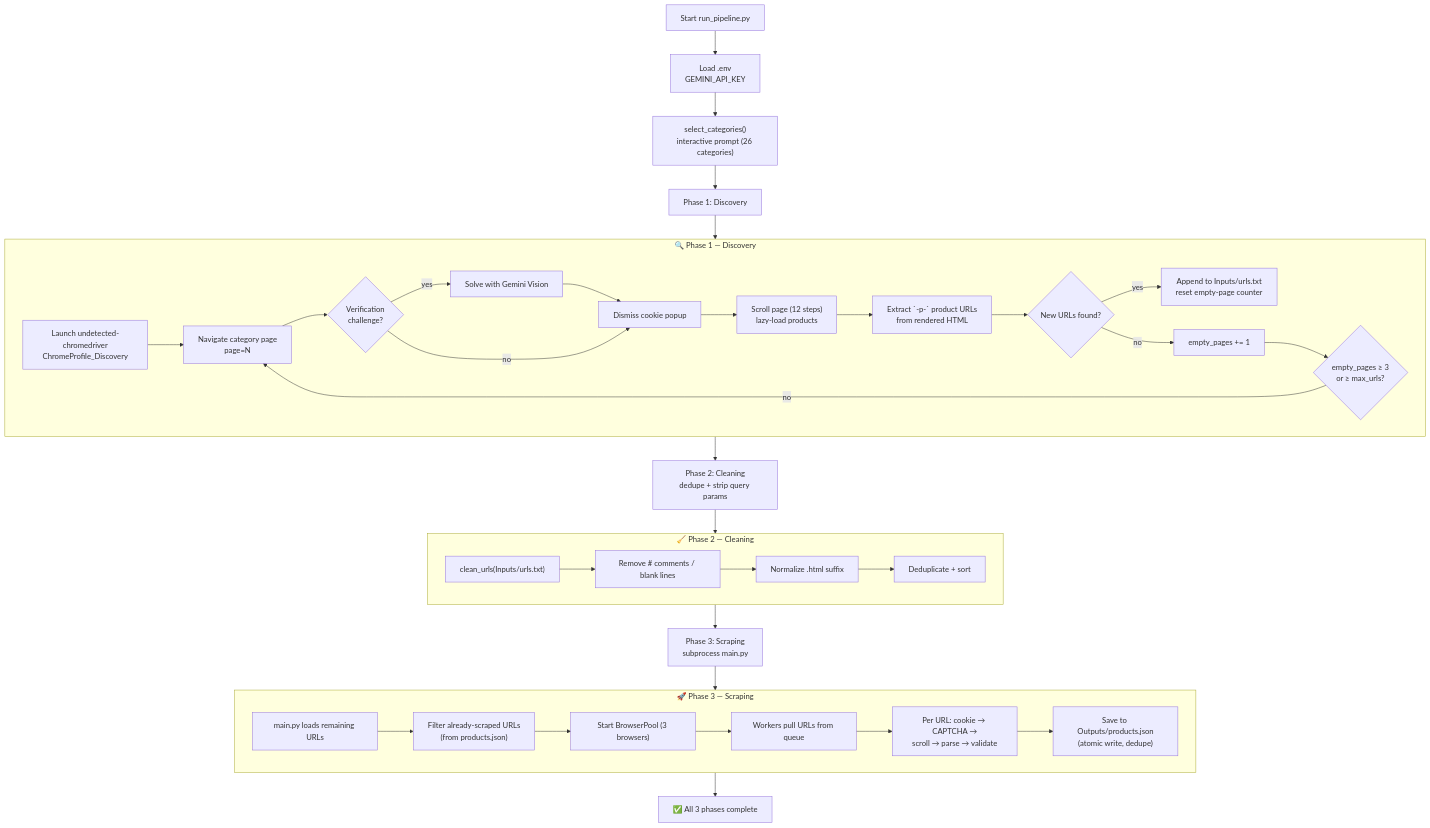
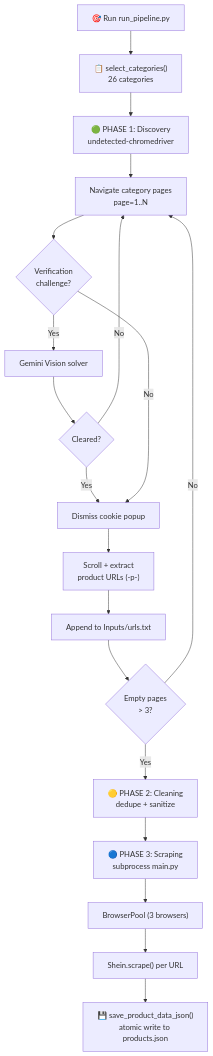
One commit to Abhiram126/osteoporosis-risk-prediction changed the third of 5 diagrams in README.md. Above: the diagram before and after it, drawn with Mermaid. The commit also changed other lines of this file, not shown here.

````diff
--- a/README.md
+++ b/README.md
@@ -255,47 +338,21 @@
 ```mermaid
 flowchart TD
-    A["Start run_pipeline.py"] --> B["Load .env<br/>GEMINI_API_KEY"]
-    B --> C["select_categories()<br/>interactive prompt (26 categories)"]
-    C --> D["Phase 1: Discovery"]
-
-    subgraph Phase1["🔍 Phase 1 — Discovery"]
-        D1["Launch undetected-chromedriver<br/>ChromeProfile_Discovery"]
-        D1 --> D2["Navigate category page<br/>page=N"]
-        D2 --> D3{"Verification<br/>challenge?"}
-        D3 -- yes --> D4["Solve with Gemini Vision"]
-        D4 --> D5["Dismiss cookie popup"]
-        D3 -- no --> D5
-        D5 --> D6["Scroll page (12 steps)<br/>lazy-load products"]
-        D6 --> D7["Extract `-p-` product URLs<br/>from rendered HTML"]
-        D7 --> D8{"New URLs found?"}
-        D8 -- yes --> D9["Append to Inputs/urls.txt<br/>reset empty-page counter"]
-        D8 -- no --> D10["empty_pages += 1"]
-        D10 --> D11{"empty_pages ≥ 3<br/>or ≥ max_urls?"}
-        D11 -- no --> D2
-    end
-
-    D --> Phase1
-    Phase1 --> E["Phase 2: Cleaning<br/>dedupe + strip query params"]
-
-    subgraph Phase2["🧹 Phase 2 — Cleaning"]
-        E1["clean_urls(Inputs/urls.txt)"]
-        E1 --> E2["Remove # comments / blank lines"]
-        E2 --> E3["Normalize .html suffix"]
-        E3 --> E4["Deduplicate + sort"]
-    end
-    E --> Phase2
-
-    Phase2 --> F["Phase 3: Scraping<br/>subprocess main.py"]
-
-    subgraph Phase3["🚀 Phase 3 — Scraping"]
-        F1["main.py loads remaining URLs"]
-        F1 --> F2["Filter already-scraped URLs<br/>(from products.json)"]
-        F2 --> F3["Start BrowserPool (3 browsers)"]
-        F3 --> F4["Workers pull URLs from queue"]
-        F4 --> F5["Per URL: cookie → CAPTCHA →<br/>scroll → parse → validate"]
-        F5 --> F6["Save to Outputs/products.json<br/>(atomic write, dedupe)"]
-    end
-    F --> Phase3
-
-    Phase3 --> G["✅ All 3 phases complete"]
+    A["🎯 Run run_pipeline.py"] --> B["📋 select_categories()<br/>26 categories"]
+    B --> C["🟢 PHASE 1: Discovery<br/>undetected-chromedriver"]
+    C --> D["Navigate category pages<br/>page=1..N"]
+    D --> E{"Verification<br/>challenge?"}
+    E -- Yes --> F["Gemini Vision solver"]
+    F --> G{"Cleared?"}
+    G -- No --> D
+    G -- Yes --> H["Dismiss cookie popup"]
+    E -- No --> H
+    H --> I["Scroll + extract<br/>product URLs (-p-)"]
+    I --> J["Append to Inputs/urls.txt"]
+    J --> K{"Empty pages<br/>> 3?"}
+    K -- No --> D
+    K -- Yes --> L["🟡 PHASE 2: Cleaning<br/>dedupe + sanitize"]
+    L --> M["🔵 PHASE 3: Scraping<br/>subprocess main.py"]
+    M --> N["BrowserPool (3 browsers)"]
+    N --> O["Shein.scrape() per URL"]
+    O --> P["💾 save_product_data_json()<br/>atomic write to products.json"]
 ```
````
